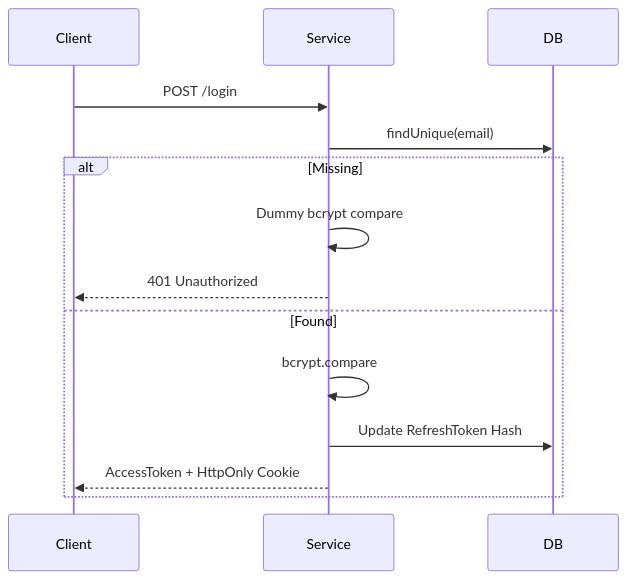
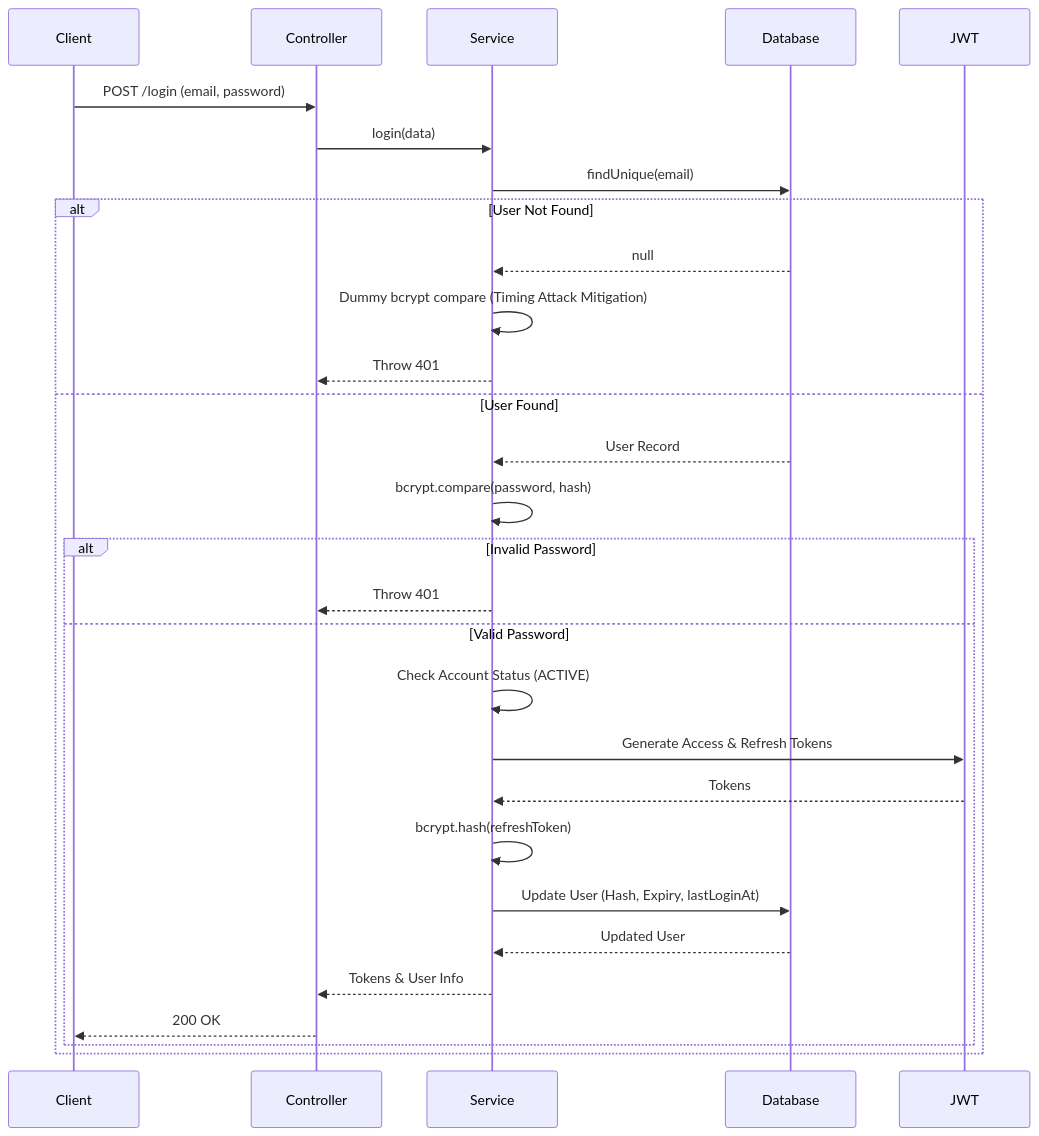
The diagram in docs/auth/login-flow.md (tegrand/eliminate), drawn with Mermaid before and after one commit. The commit also changed other lines of this file and 10 other files, not shown here.

````diff
--- a/docs/auth/login-flow.md
+++ b/docs/auth/login-flow.md
@@ -7,13 +54,34 @@
 ```mermaid
 sequenceDiagram
-    Client->>Service: POST /login
-    Service->>DB: findUnique(email)
-    alt Missing
-        Service->>Service: Dummy bcrypt compare
-        Service-->>Client: 401 Unauthorized
-    else Found
-        Service->>Service: bcrypt.compare
-        Service->>DB: Update RefreshToken Hash
-        Service-->>Client: AccessToken + HttpOnly Cookie
+    participant Client
+    participant Controller
+    participant Service
+    participant Database
+    participant JWT
+    
+    Client->>Controller: POST /login (email, password)
+    Controller->>Service: login(data)
+    Service->>Database: findUnique(email)
+    
+    alt User Not Found
+        Database-->>Service: null
+        Service->>Service: Dummy bcrypt compare (Timing Attack Mitigation)
+        Service-->>Controller: Throw 401
+    else User Found
+        Database-->>Service: User Record
+        Service->>Service: bcrypt.compare(password, hash)
+        
+        alt Invalid Password
+            Service-->>Controller: Throw 401
+        else Valid Password
+            Service->>Service: Check Account Status (ACTIVE)
+            Service->>JWT: Generate Access & Refresh Tokens
+            JWT-->>Service: Tokens
+            Service->>Service: bcrypt.hash(refreshToken)
+            Service->>Database: Update User (Hash, Expiry, lastLoginAt)
+            Database-->>Service: Updated User
+            Service-->>Controller: Tokens & User Info
+            Controller-->>Client: 200 OK
+        end
     end
 ```
````
